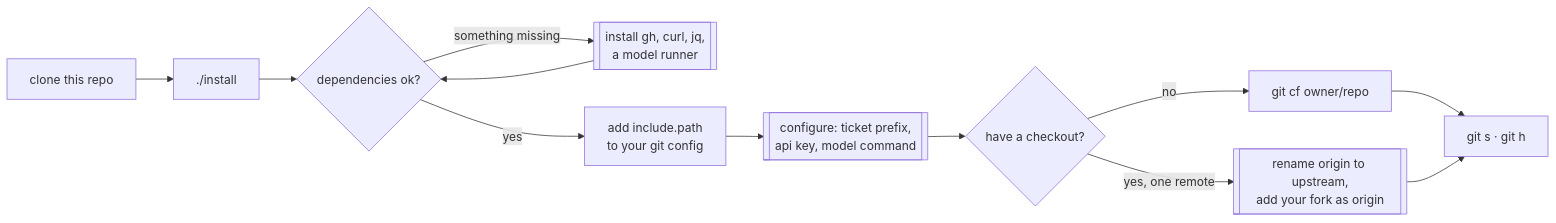
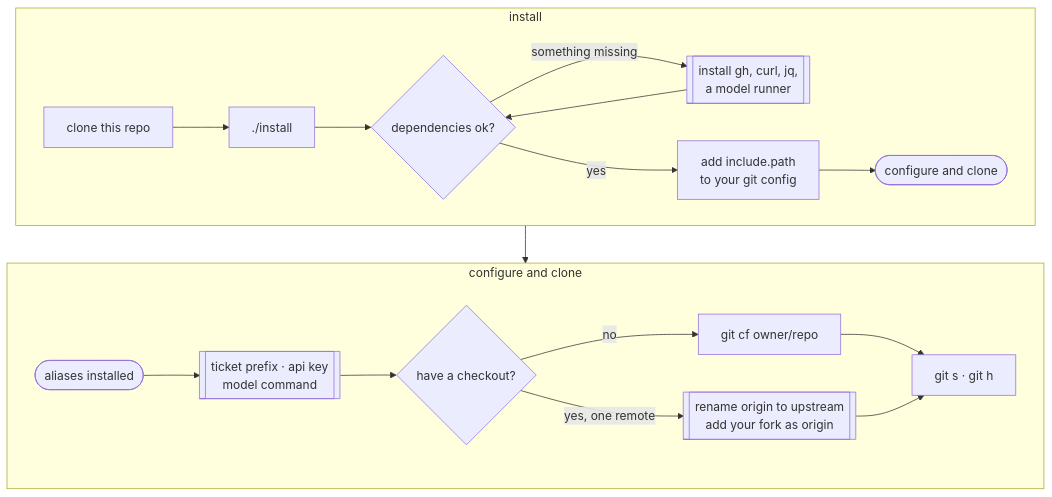
The diagram in docs/setup.md (adrian-enspired/gitconfig), drawn with Mermaid before and after one commit. The commit also changed other lines of this file and 11 other files, not shown here.

````diff
--- a/docs/setup.md
+++ b/docs/setup.md
@@ -8,14 +8,22 @@
 ```mermaid
-flowchart LR
-    A[clone this repo] --> B["./install"]
-    B --> C{dependencies ok?}
-    C -- something missing --> D[["install gh, curl, jq,<br/>a model runner"]]
-    D --> C
-    C -- yes --> E[add include.path<br/>to your git config]
-    E --> F[["configure: ticket prefix,<br/>api key, model command"]]
-    F --> G{have a checkout?}
-    G -- no --> H["git cf owner/repo"]
-    G -- yes, one remote --> I[["rename origin to upstream,<br/>add your fork as origin"]]
-    H --> J["git s · git h"]
-    I --> J
+flowchart TD
+    subgraph one ["install"]
+        direction LR
+        A[clone this repo] --> B["./install"]
+        B --> C{dependencies ok?}
+        C -- something missing --> D[["install gh, curl, jq,<br/>a model runner"]]
+        D --> C
+        C -- yes --> E[add include.path<br/>to your git config]
+        E --> F(["configure and clone"])
+    end
+    subgraph two ["configure and clone"]
+        direction LR
+        G(["aliases installed"]) --> H[["ticket prefix · api key<br/>model command"]]
+        H --> I{have a checkout?}
+        I -- no --> J["git cf owner/repo"]
+        I -- yes, one remote --> K[["rename origin to upstream<br/>add your fork as origin"]]
+        J --> L["git s · git h"]
+        K --> L
+    end
+    one --> two
 ```
````
